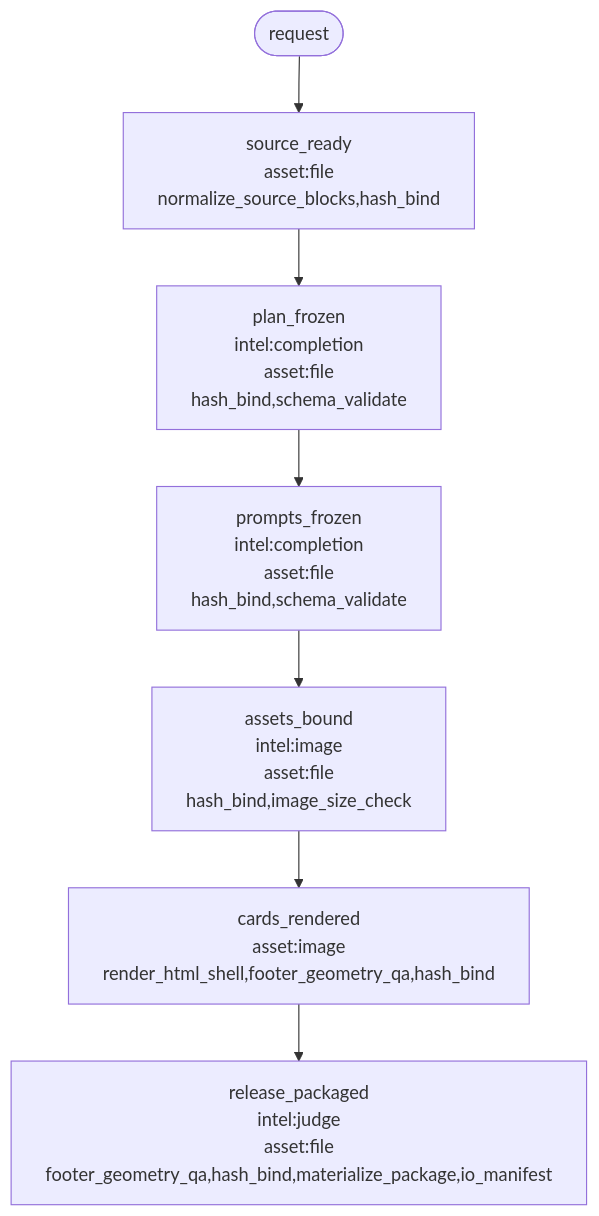
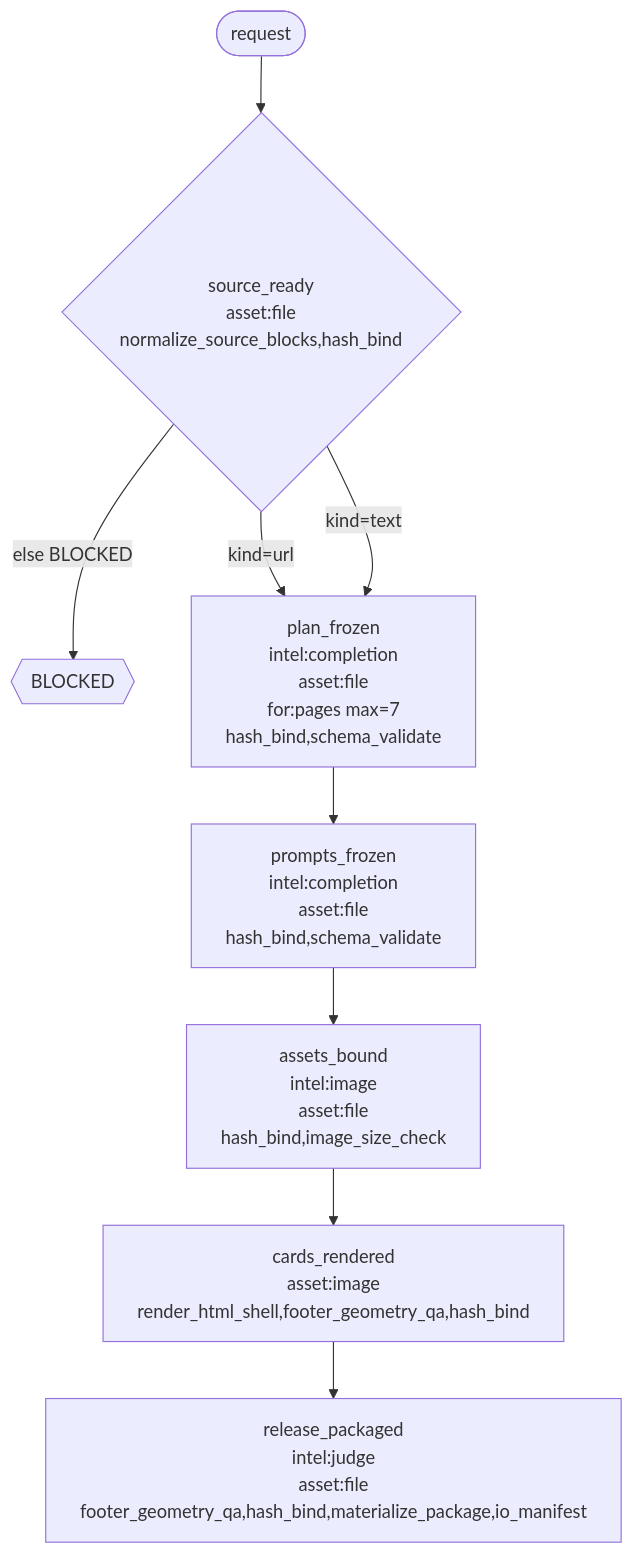
Before and after one commit to dse120071750/m8m-harness-builder: the diagram in examples/article_infographic/planning/m8m-flowchart.md, drawn with Mermaid. The commit also changed other lines of this file and 16 other files, not shown here.

````diff
--- a/examples/article_infographic/planning/m8m-flowchart.md
+++ b/examples/article_infographic/planning/m8m-flowchart.md
@@ -14,16 +14,19 @@
 ```mermaid
 flowchart TD
     request([request])
-    source_ready["source_ready<br/>asset:file<br/>normalize_source_blocks,hash_bind"]
-    plan_frozen["plan_frozen<br/>intel:completion<br/>asset:file<br/>hash_bind,schema_validate"]
+    source_ready{source_ready<br/>asset:file<br/>normalize_source_blocks,hash_bind}
+    blocked_source_ready{{BLOCKED}}
+    plan_frozen["plan_frozen<br/>intel:completion<br/>asset:file<br/>for:pages max=7<br/>hash_bind,schema_validate"]
     prompts_frozen["prompts_frozen<br/>intel:completion<br/>asset:file<br/>hash_bind,schema_validate"]
     assets_bound["assets_bound<br/>intel:image<br/>asset:file<br/>hash_bind,image_size_check"]
     cards_rendered["cards_rendered<br/>asset:image<br/>render_html_shell,footer_geometry_qa,hash_bind"]
     release_packaged["release_packaged<br/>intel:judge<br/>asset:file<br/>footer_geometry_qa,hash_bind,materialize_package,io_manifest"]
     request --> source_ready
-    source_ready --> plan_frozen
+    source_ready -->|"kind=url"| plan_frozen
+    source_ready -->|"kind=text"| plan_frozen
+    source_ready -->|"else BLOCKED"| blocked_source_ready
     plan_frozen --> prompts_frozen
     prompts_frozen --> assets_bound
     assets_bound --> cards_rendered
     cards_rendered --> release_packaged
 ```
````
